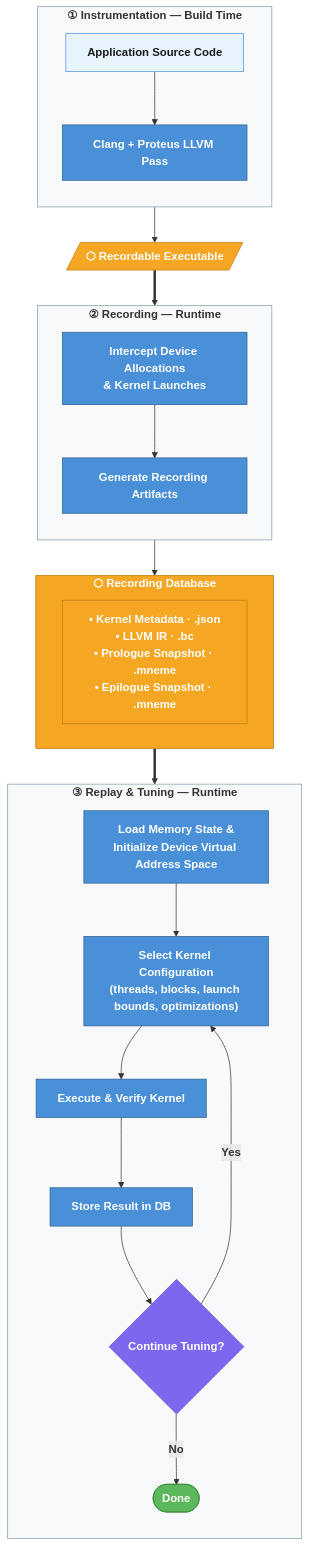
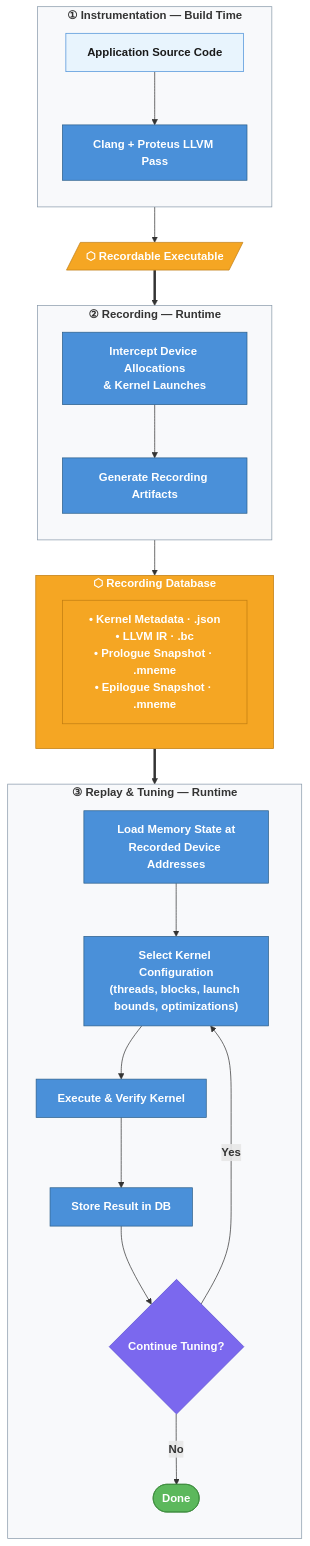
One commit to Olympus-HPC/Mneme changed the diagram in docs/concepts/overview.md. Above: the diagram before and after it, drawn with Mermaid. The commit also changed 1 other file, not shown here.

Commit message:
Describe per-allocation mapping in concept docs

````diff
--- a/docs/concepts/overview.md
+++ b/docs/concepts/overview.md
@@ -32,66 +32,66 @@
 ```mermaid
 flowchart TB
     %% ── Styles ──
     classDef input fill:#e8f4fd,stroke:#4a90d9,color:#1a1a1a,font-weight:bold
     classDef process fill:#4a90d9,stroke:#2c5f8a,color:#fff,font-weight:bold
     classDef artifact fill:#f5a623,stroke:#c17d12,color:#fff,font-weight:bold
     classDef decision fill:#7b68ee,stroke:#5a4fcf,color:#fff,font-weight:bold
     classDef terminal fill:#5cb85c,stroke:#3d8b3d,color:#fff,font-weight:bold
     classDef phase fill:#f8f9fb,stroke:#8899aa,font-weight:bold
 
     %% ════════════════════════════════════════
     %% Phase 1: Instrumentation — Build Time
     %% ════════════════════════════════════════
     subgraph build["<b>① Instrumentation — Build Time</b>"]
         direction TB
         src["<b>Application Source Code</b>"]:::input
         compile["<b>Clang + Proteus LLVM Pass</b>"]:::process
         src --> compile
     end
     class build phase
 
     compile --> exe
     exe[/"<b>⬡ Recordable Executable</b>"/]:::artifact
 
     %% ════════════════════════════════════════
     %% Phase 2: Recording — Runtime
     %% ════════════════════════════════════════
     exe ==> intercept
 
     subgraph record["<b>② Recording — Runtime</b>"]
         direction TB
         intercept["<b>Intercept Device Allocations<br/>& Kernel Launches</b>"]:::process
         intercept --> gen["<b>Generate Recording Artifacts</b>"]:::process
     end
     class record phase
 
     gen --> rdb
 
     subgraph rdb["<b>⬡ Recording Database</b>"]
         rdb_contents["<b>• Kernel Metadata · .json<br/>• LLVM IR · .bc<br/>• Prologue Snapshot · .mneme<br/>• Epilogue Snapshot · .mneme</b>"]:::artifact
     end
     class rdb artifact
 
     %% ════════════════════════════════════════
     %% Phase 3: Replay & Tuning — Runtime
     %% ════════════════════════════════════════
     rdb ==> load
 
     subgraph replay["<b>③ Replay & Tuning — Runtime</b>"]
         direction TB
-        load["<b>Load Memory State &<br/>Initialize Device Virtual Address Space</b>"]:::process
+        load["<b>Load Memory State at<br/>Recorded Device Addresses</b>"]:::process
         select["<b>Select Kernel Configuration<br/>(threads, blocks, launch bounds, optimizations)</b>"]:::process
         execver["<b>Execute & Verify Kernel</b>"]:::process
         store["<b>Store Result in DB</b>"]:::process
         cont{"<b>Continue Tuning?</b>"}:::decision
         done(["<b>Done</b>"]):::terminal
 
         load --> select
         select --> execver
         execver --> store
         store --> cont
         cont -- "<b>Yes</b>" --> select
         cont -- "<b>No</b>" --> done
     end
     class replay phase
 ```
````
